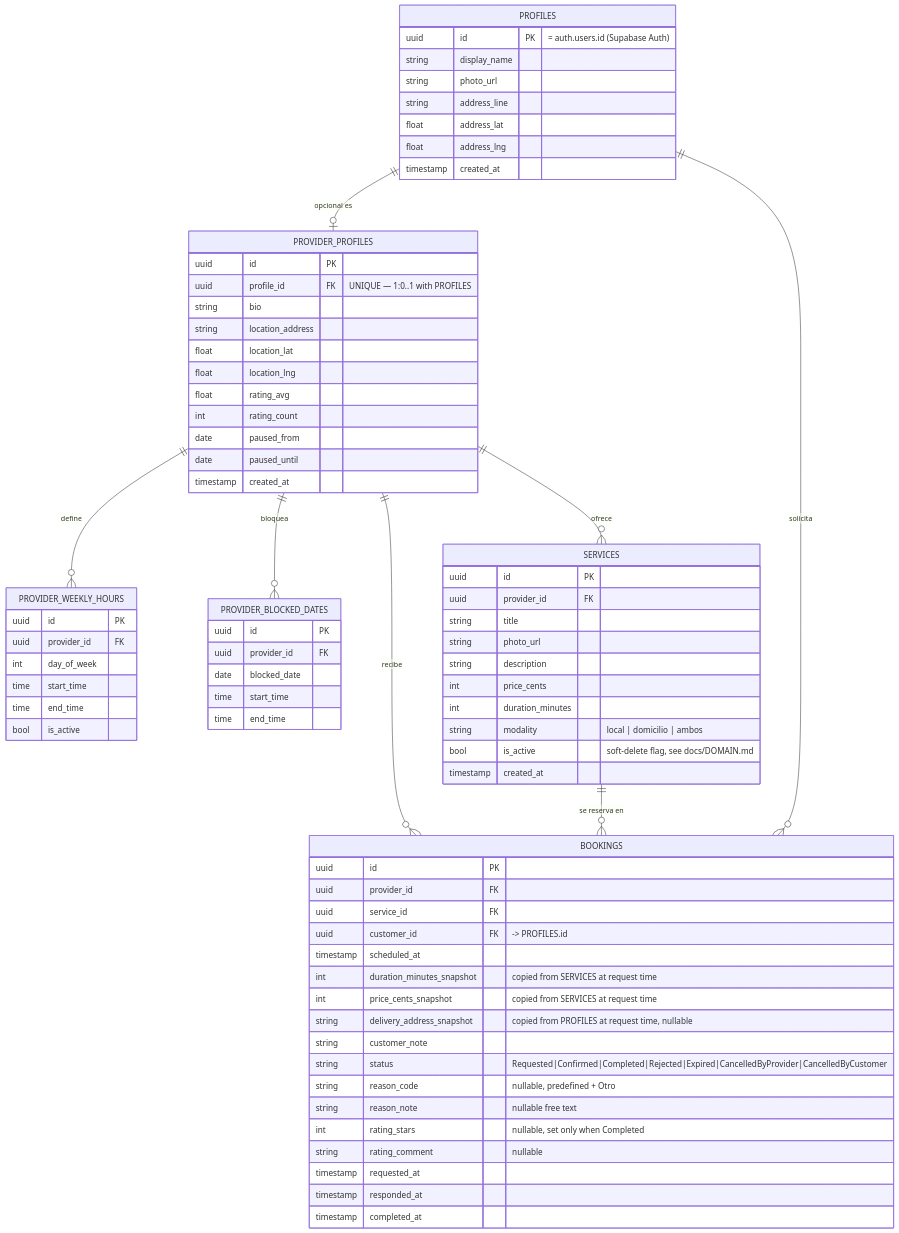
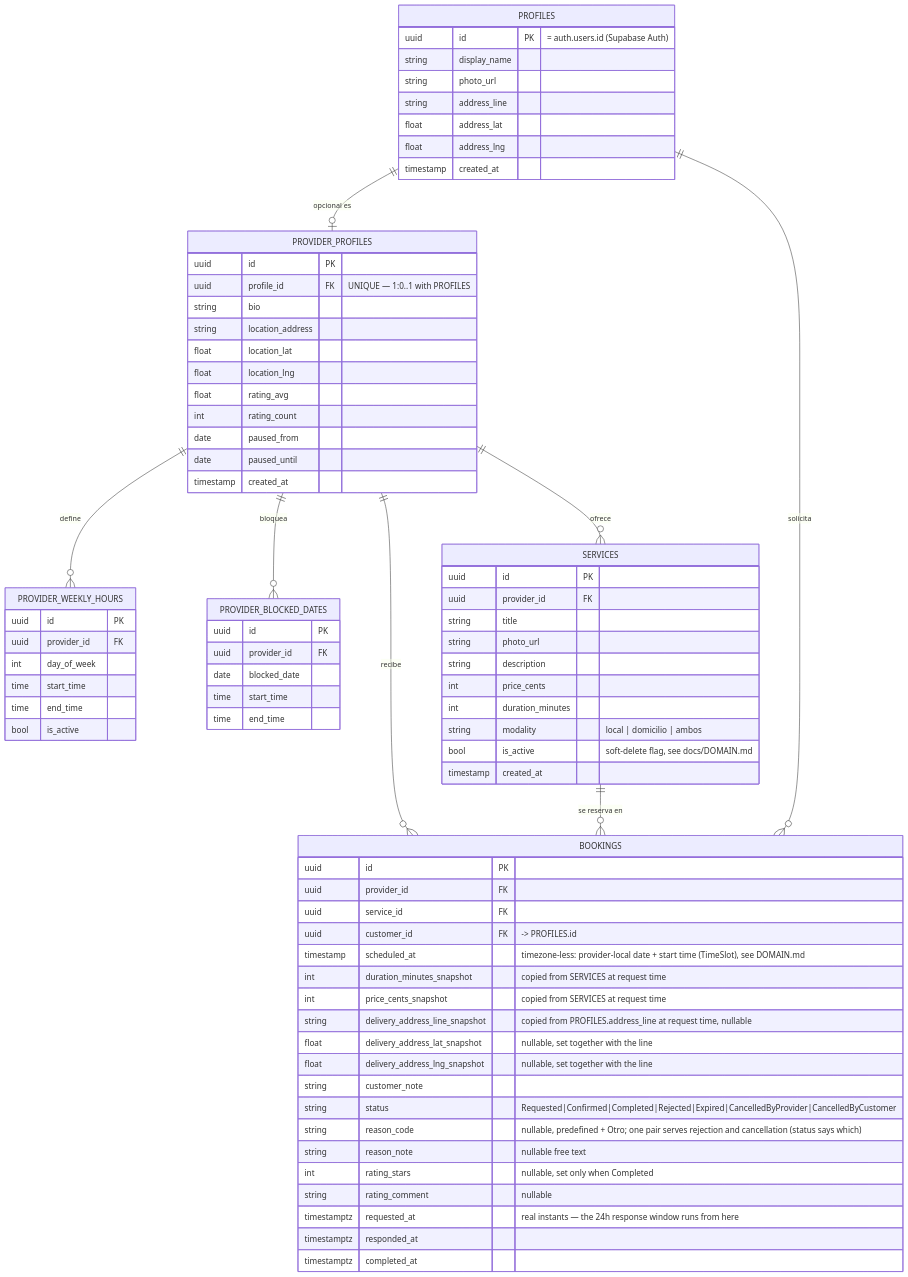
Before and after one commit to jkcb-dev/booqi: the diagram in docs/DATABASE.md, drawn with Mermaid. The commit also changed 6 other files, not shown here.

````diff
--- a/docs/DATABASE.md
+++ b/docs/DATABASE.md
@@ -21,79 +21,81 @@
 ```mermaid
 erDiagram
   PROFILES ||--o| PROVIDER_PROFILES : "opcional es"
   PROVIDER_PROFILES ||--o{ PROVIDER_WEEKLY_HOURS : define
   PROVIDER_PROFILES ||--o{ PROVIDER_BLOCKED_DATES : bloquea
   PROVIDER_PROFILES ||--o{ SERVICES : ofrece
   PROVIDER_PROFILES ||--o{ BOOKINGS : recibe
   SERVICES ||--o{ BOOKINGS : "se reserva en"
   PROFILES ||--o{ BOOKINGS : solicita
 
   PROFILES {
     uuid id PK "= auth.users.id (Supabase Auth)"
     string display_name
     string photo_url
     string address_line
     float address_lat
     float address_lng
     timestamp created_at
   }
   PROVIDER_PROFILES {
     uuid id PK
     uuid profile_id FK "UNIQUE — 1:0..1 with PROFILES"
     string bio
     string location_address
     float location_lat
     float location_lng
     float rating_avg
     int rating_count
     date paused_from
     date paused_until
     timestamp created_at
   }
   PROVIDER_WEEKLY_HOURS {
     uuid id PK
     uuid provider_id FK
     int day_of_week
     time start_time
     time end_time
     bool is_active
   }
   PROVIDER_BLOCKED_DATES {
     uuid id PK
     uuid provider_id FK
     date blocked_date
     time start_time
     time end_time
   }
   SERVICES {
     uuid id PK
     uuid provider_id FK
     string title
     string photo_url
     string description
     int price_cents
     int duration_minutes
     string modality "local | domicilio | ambos"
     bool is_active "soft-delete flag, see docs/DOMAIN.md"
     timestamp created_at
   }
   BOOKINGS {
     uuid id PK
     uuid provider_id FK
     uuid service_id FK
     uuid customer_id FK "-> PROFILES.id"
-    timestamp scheduled_at
+    timestamp scheduled_at "timezone-less: provider-local date + start time (TimeSlot), see DOMAIN.md"
     int duration_minutes_snapshot "copied from SERVICES at request time"
     int price_cents_snapshot "copied from SERVICES at request time"
-    string delivery_address_snapshot "copied from PROFILES at request time, nullable"
+    string delivery_address_line_snapshot "copied from PROFILES.address_line at request time, nullable"
+    float delivery_address_lat_snapshot "nullable, set together with the line"
+    float delivery_address_lng_snapshot "nullable, set together with the line"
     string customer_note
     string status "Requested|Confirmed|Completed|Rejected|Expired|CancelledByProvider|CancelledByCustomer"
-    string reason_code "nullable, predefined + Otro"
+    string reason_code "nullable, predefined + Otro; one pair serves rejection and cancellation (status says which)"
     string reason_note "nullable free text"
     int rating_stars "nullable, set only when Completed"
     string rating_comment "nullable"
-    timestamp requested_at
-    timestamp responded_at
-    timestamp completed_at
+    timestamptz requested_at "real instants — the 24h response window runs from here"
+    timestamptz responded_at
+    timestamptz completed_at
   }
 ```
````
